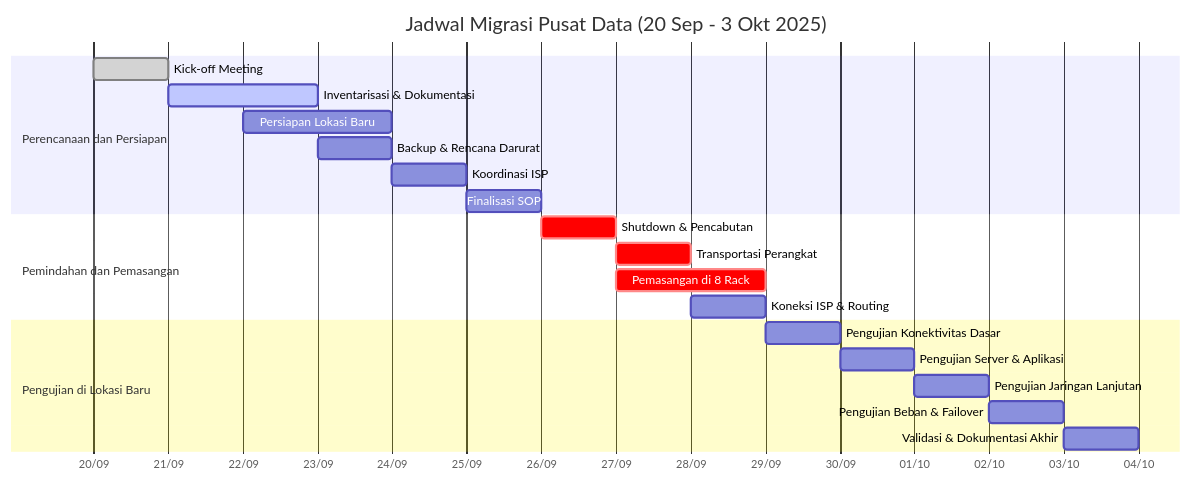
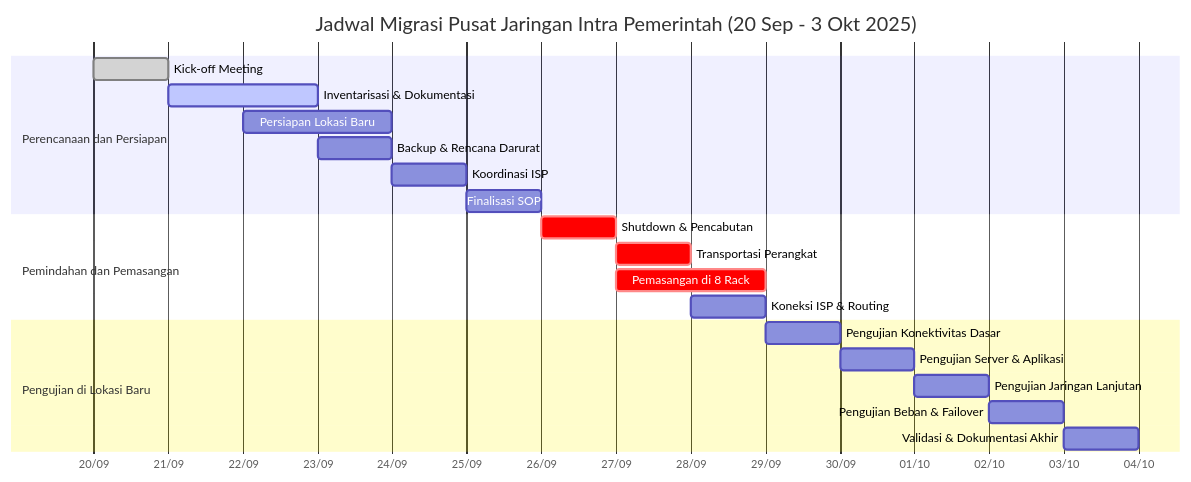
Before and after one commit to admin-jaringan-2023-01/RackTables: the second of 2 diagrams in migrasi-v5.md, drawn with Mermaid. The commit also changed other lines of this file and 2 other files, not shown here.

````diff
--- a/migrasi-v5.md
+++ b/migrasi-v5.md
@@ -90,27 +90,27 @@
 ```mermaid
 gantt
-    title Jadwal Migrasi Pusat Data (20 Sep - 3 Okt 2025)
+    title Jadwal Migrasi Pusat Jaringan Intra Pemerintah (20 Sep - 3 Okt 2025)
     dateFormat  YYYY-MM-DD
     axisFormat  %d/%m
 
     section Perencanaan dan Persiapan
     Kick-off Meeting           :done,    des1, 2025-09-20, 1d
     Inventarisasi & Dokumentasi :active,  des2, 2025-09-21, 2d
     Persiapan Lokasi Baru       :         des3, 2025-09-22, 2d
     Backup & Rencana Darurat    :         des4, 2025-09-23, 1d
     Koordinasi ISP              :         des5, 2025-09-24, 1d
     Finalisasi SOP              :         des6, 2025-09-25, 1d
 
     section Pemindahan dan Pemasangan
     Shutdown & Pencabutan       :crit,    a1, 2025-09-26, 1d
     Transportasi Perangkat      :crit,    a2, 2025-09-27, 1d
     Pemasangan di 8 Rack        :crit,    a3, 2025-09-27, 2d
     Koneksi ISP & Routing       :         a4, 2025-09-28, 1d
 
     section Pengujian di Lokasi Baru
     Pengujian Konektivitas Dasar  :       b1, 2025-09-29, 1d
     Pengujian Server & Aplikasi   :       b2, 2025-09-30, 1d
     Pengujian Jaringan Lanjutan   :       b3, 2025-10-01, 1d
     Pengujian Beban & Failover    :       b4, 2025-10-02, 1d
     Validasi & Dokumentasi Akhir  :       b5, 2025-10-03, 1d
 ```
````
